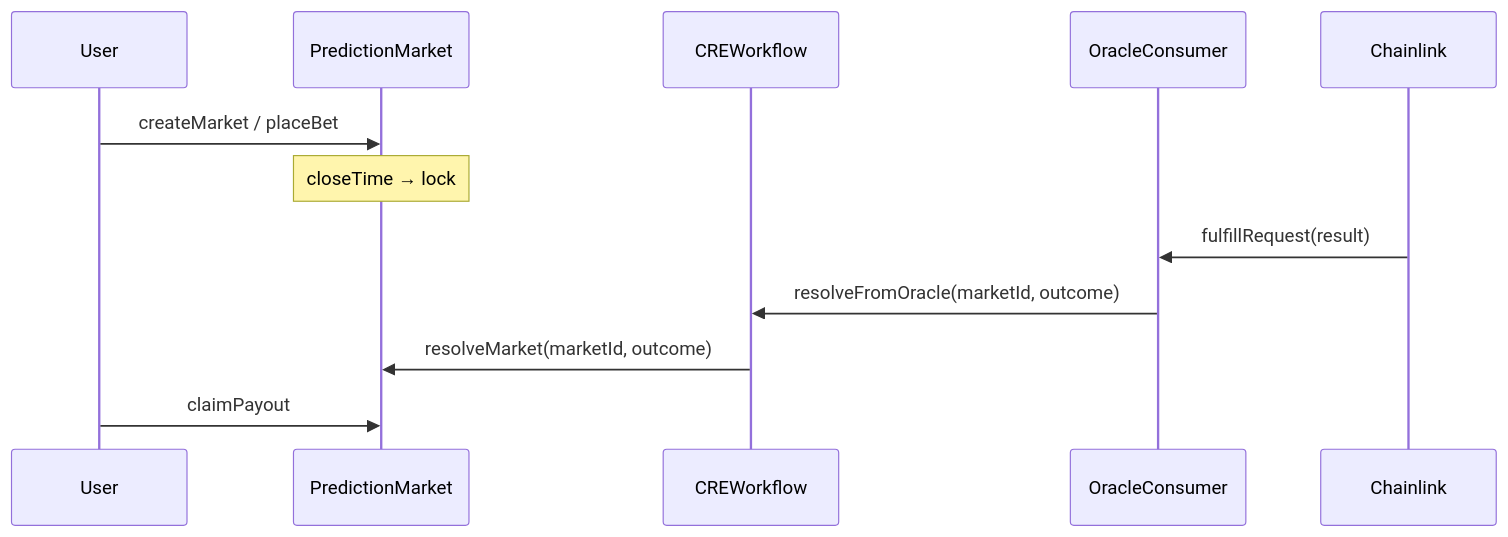
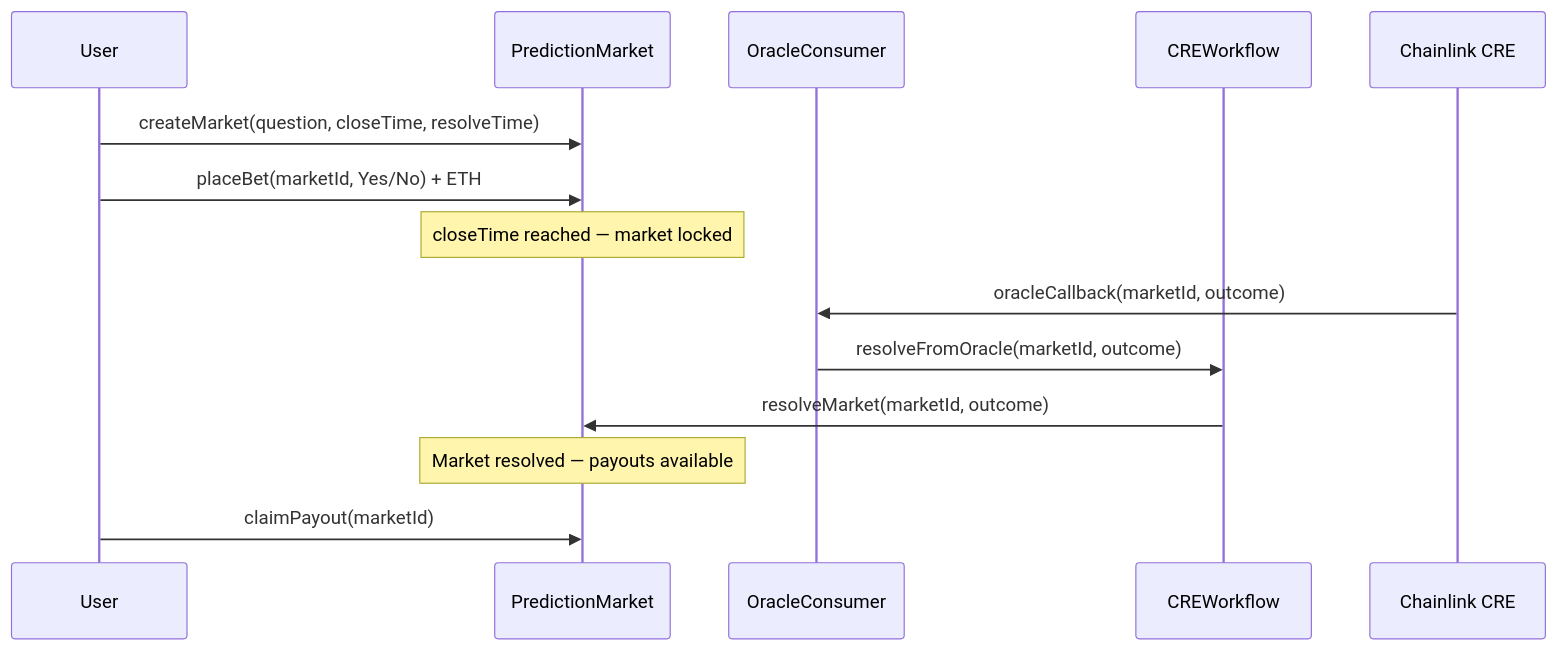
The third of 5 diagrams in README.md (Quantumquirkz/PraesagiumChain), drawn with Mermaid before and after one commit. The commit also changed other lines of this file and 8 other files, not shown here.

````diff
--- a/README.md
+++ b/README.md
@@ -142,15 +133,17 @@
 ```mermaid
 sequenceDiagram
     participant U as User
     participant PM as PredictionMarket
+    participant OC as OracleConsumer
     participant CRE as CREWorkflow
-    participant OC as OracleConsumer
-    participant CL as Chainlink
+    participant CL as Chainlink CRE
 
-    U->>PM: createMarket / placeBet
-    Note over PM: closeTime → lock
-    CL->>OC: fulfillRequest(result)
+    U->>PM: createMarket(question, closeTime, resolveTime)
+    U->>PM: placeBet(marketId, Yes/No) + ETH
+    Note over PM: closeTime reached — market locked
+    CL->>OC: oracleCallback(marketId, outcome)
     OC->>CRE: resolveFromOracle(marketId, outcome)
     CRE->>PM: resolveMarket(marketId, outcome)
-    U->>PM: claimPayout
+    Note over PM: Market resolved — payouts available
+    U->>PM: claimPayout(marketId)
 ```
````
